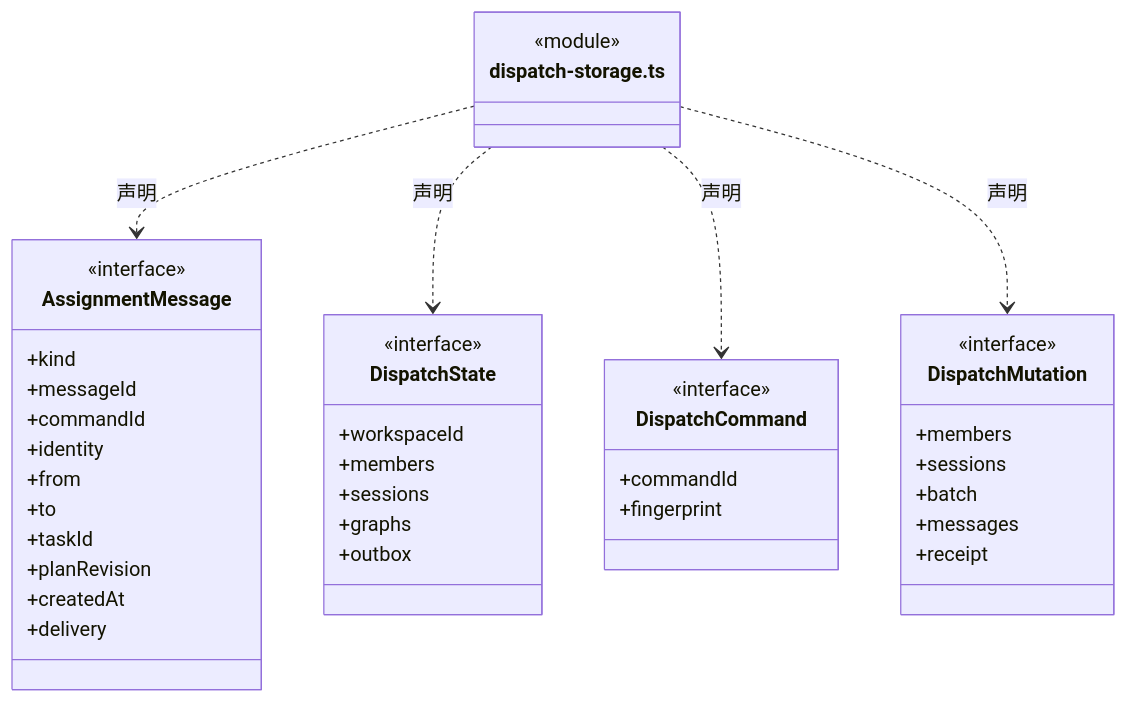
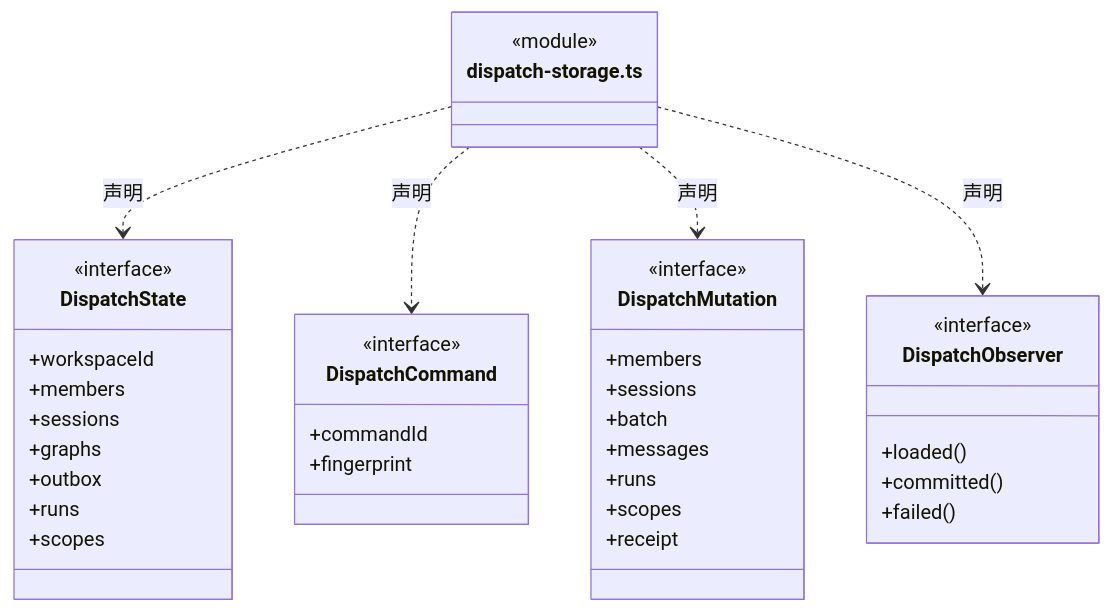
Before and after one commit to nan023062/cbim: the eighth of 34 diagrams in src/backend/core/tasks/ARCHITECTURE.md, drawn with Mermaid. The commit also changed other lines of this file and 240 other files, not shown here.

````diff
--- a/src/backend/core/tasks/ARCHITECTURE.md
+++ b/src/backend/core/tasks/ARCHITECTURE.md
@@ -85,44 +216,41 @@
 ```mermaid
 classDiagram
 class N_src_backend_core_tasks_dispatch_storage_ts["dispatch-storage.ts"] {
   <<module>>
 }
-class N_src_backend_core_tasks_dispatch_storage_ts_AssignmentMessage["AssignmentMessage"] {
-  <<interface>>
-  +kind
-  +messageId
-  +commandId
-  +identity
-  +from
-  +to
-  +taskId
-  +planRevision
-  +createdAt
-  +delivery
-}
-N_src_backend_core_tasks_dispatch_storage_ts ..> N_src_backend_core_tasks_dispatch_storage_ts_AssignmentMessage : 声明
 class N_src_backend_core_tasks_dispatch_storage_ts_DispatchState["DispatchState"] {
   <<interface>>
   +workspaceId
   +members
   +sessions
   +graphs
   +outbox
+  +runs
+  +scopes
 }
 N_src_backend_core_tasks_dispatch_storage_ts ..> N_src_backend_core_tasks_dispatch_storage_ts_DispatchState : 声明
 class N_src_backend_core_tasks_dispatch_storage_ts_DispatchCommand["DispatchCommand"] {
   <<interface>>
   +commandId
   +fingerprint
 }
 N_src_backend_core_tasks_dispatch_storage_ts ..> N_src_backend_core_tasks_dispatch_storage_ts_DispatchCommand : 声明
 class N_src_backend_core_tasks_dispatch_storage_ts_DispatchMutation["DispatchMutation"] {
   <<interface>>
   +members
   +sessions
   +batch
   +messages
+  +runs
+  +scopes
   +receipt
 }
 N_src_backend_core_tasks_dispatch_storage_ts ..> N_src_backend_core_tasks_dispatch_storage_ts_DispatchMutation : 声明
+class N_src_backend_core_tasks_dispatch_storage_ts_DispatchObserver["DispatchObserver"] {
+  <<interface>>
+  +loaded()
+  +committed()
+  +failed()
+}
+N_src_backend_core_tasks_dispatch_storage_ts ..> N_src_backend_core_tasks_dispatch_storage_ts_DispatchObserver : 声明
 ```
````
